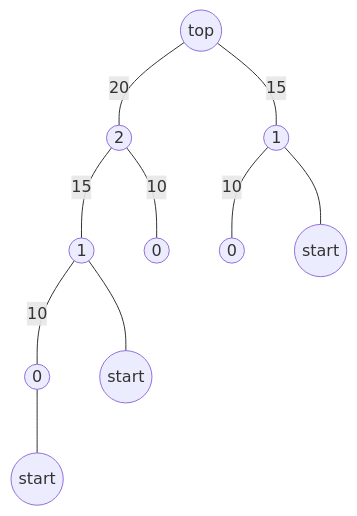
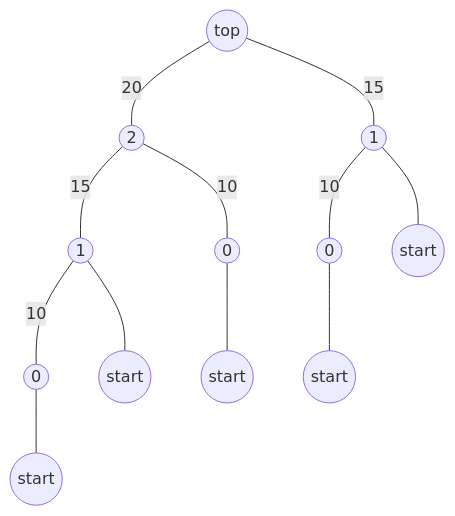
The second of 3 diagrams in notes/readme.md (lijqhs/leetcode), drawn with Mermaid before and after one commit. The commit also changed other lines of this file, not shown here.

Commit message:
update Thu Jul 14 09:09:43 EDT 2022

````diff
--- a/notes/readme.md
+++ b/notes/readme.md
@@ -892,24 +894,28 @@
 ```mermaid
 graph TB
 
 A((top))
 B((2))
 C((1))
 D((1))
 E((0))
 F((0))
 G((start))
 H((0))
 I((start))
 J((start))
+K((start))
+L((start))
 
 A---|20|B
 A---|15|C
 B---|15|D
 B---|10|E
 C---|10|F
 C---G
 D---|10|H
 D---I
 H---J
+E---K
+F---L
 ```
````
